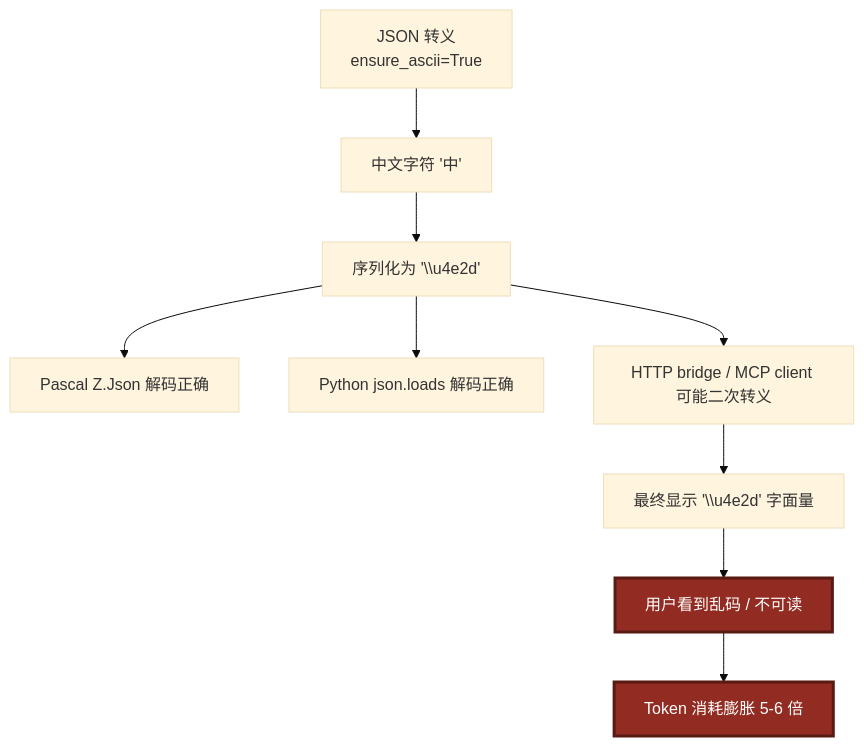
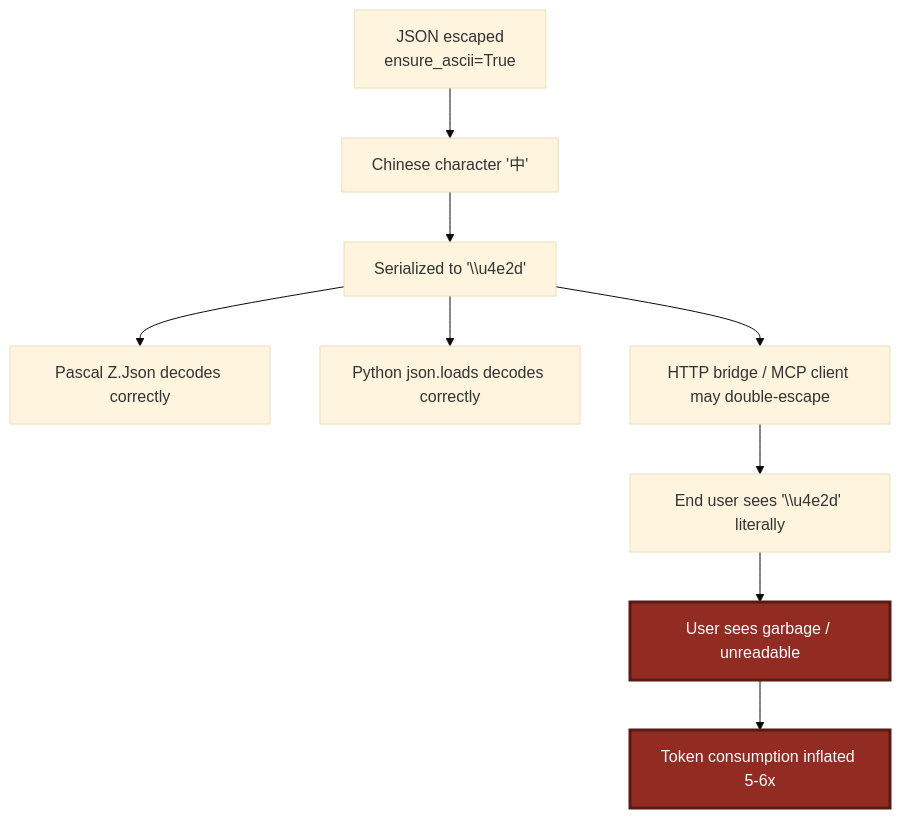
Before and after one commit to PassByYou888/LingoFuse-Tools: the seventh of 13 diagrams in src/pascal_c_to_mcp/MCP_API_Contract.md, drawn with Mermaid (base theme). The commit also changed other lines of this file, not shown here.

````diff
--- a/src/pascal_c_to_mcp/MCP_API_Contract.md
+++ b/src/pascal_c_to_mcp/MCP_API_Contract.md
@@ -491,14 +491,14 @@
 ```mermaid
 flowchart TD
-    A["JSON 转义<br/>ensure_ascii=True"] --> B["中文字符 '中'"]
-    B --> C["序列化为 '\\u4e2d'"]
-    C --> D1["Pascal Z.Json 解码正确"]
-    C --> D2["Python json.loads 解码正确"]
-    C --> D3["HTTP bridge / MCP client 可能二次转义"]
-    D3 --> E["最终显示 '\\u4e2d' 字面量"]
-    E --> F["用户看到乱码 / 不可读"]
-    F --> G["Token 消耗膨胀 5-6 倍"]
+    A["JSON escaped<br/>ensure_ascii=True"] --> B["Chinese character '中'"]
+    B --> C["Serialized to '\\u4e2d'"]
+    C --> D1["Pascal Z.Json decodes correctly"]
+    C --> D2["Python json.loads decodes correctly"]
+    C --> D3["HTTP bridge / MCP client may double-escape"]
+    D3 --> E["End user sees '\\u4e2d' literally"]
+    E --> F["User sees garbage / unreadable"]
+    F --> G["Token consumption inflated 5-6x"]
 
     style F fill:#922B21,stroke:#5A1A14,stroke-width:3px,color:#FFFFFF
     style G fill:#922B21,stroke:#5A1A14,stroke-width:3px,color:#FFFFFF
 ```
````
